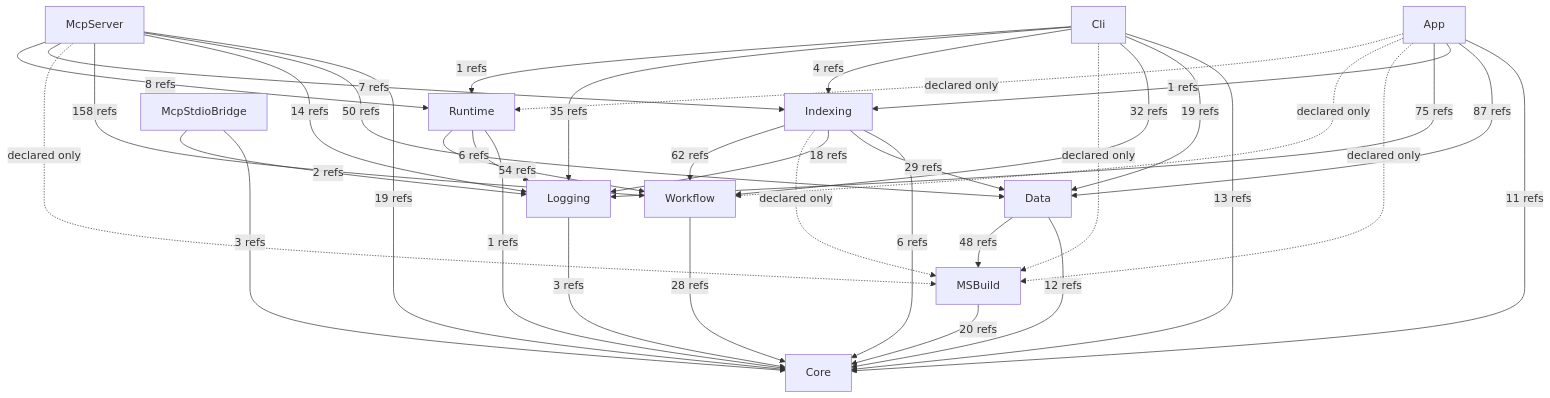
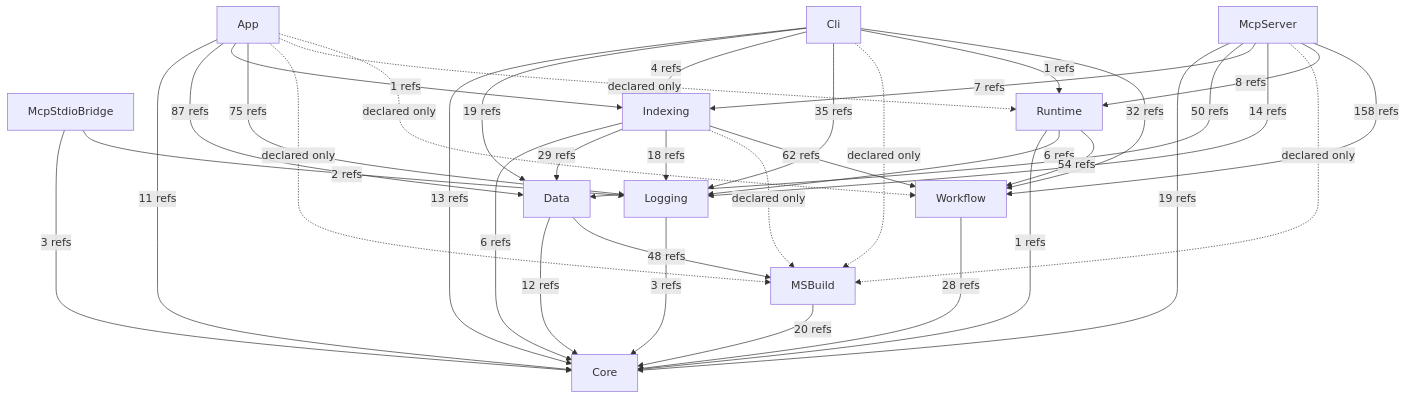
The first of 2 diagrams in GeneratedDocs/Architecture.aim.md (rdavi10471a2/AIMonitor), drawn with Mermaid before and after one commit. The commit also changed other lines of this file and 11 other files, not shown here.

First line of the commit message:
Regenerate architecture docs: derive DAG from csproj truth + experimental centrality layering

````diff
--- a/GeneratedDocs/Architecture.aim.md
+++ b/GeneratedDocs/Architecture.aim.md
@@ -16,39 +16,39 @@
 ```mermaid
 flowchart TB
   Logging -->|3 refs| Core
   MSBuild -->|20 refs| Core
   Workflow -->|28 refs| Core
   Data -->|12 refs| Core
   Data -->|48 refs| MSBuild
+  McpStdioBridge -->|3 refs| Core
+  McpStdioBridge -->|2 refs| Logging
   Runtime -->|1 refs| Core
   Runtime -->|6 refs| Logging
   Runtime -->|54 refs| Workflow
   Indexing -->|6 refs| Core
   Indexing -->|29 refs| Data
   Indexing -->|18 refs| Logging
   Indexing -.->|declared only| MSBuild
   Indexing -->|62 refs| Workflow
-  McpStdioBridge -->|3 refs| Core
-  McpStdioBridge -->|2 refs| Logging
   App -->|11 refs| Core
   App -->|87 refs| Data
   App -->|1 refs| Indexing
   App -->|75 refs| Logging
   App -.->|declared only| MSBuild
+  App -.->|declared only| Runtime
   App -.->|declared only| Workflow
-  App -.->|declared only| Runtime
   Cli -->|13 refs| Core
   Cli -->|19 refs| Data
-  Cli -->|32 refs| Workflow
-  Cli -.->|declared only| MSBuild
   Cli -->|4 refs| Indexing
   Cli -->|35 refs| Logging
+  Cli -.->|declared only| MSBuild
   Cli -->|1 refs| Runtime
+  Cli -->|32 refs| Workflow
   McpServer -->|19 refs| Core
   McpServer -->|50 refs| Data
+  McpServer -->|7 refs| Indexing
   McpServer -->|14 refs| Logging
+  McpServer -.->|declared only| MSBuild
+  McpServer -->|8 refs| Runtime
   McpServer -->|158 refs| Workflow
-  McpServer -.->|declared only| MSBuild
-  McpServer -->|7 refs| Indexing
-  McpServer -->|8 refs| Runtime
 ```
````
